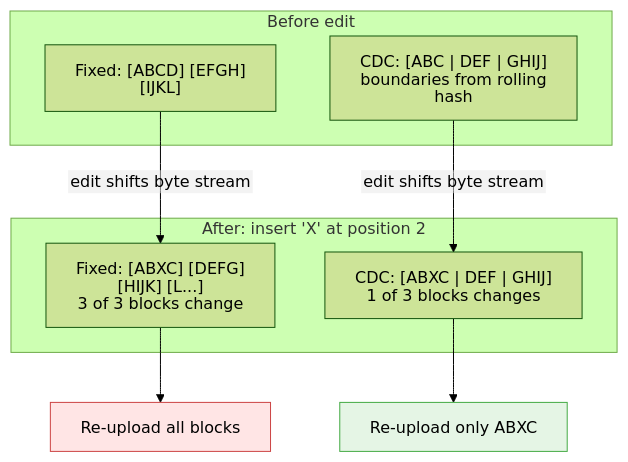
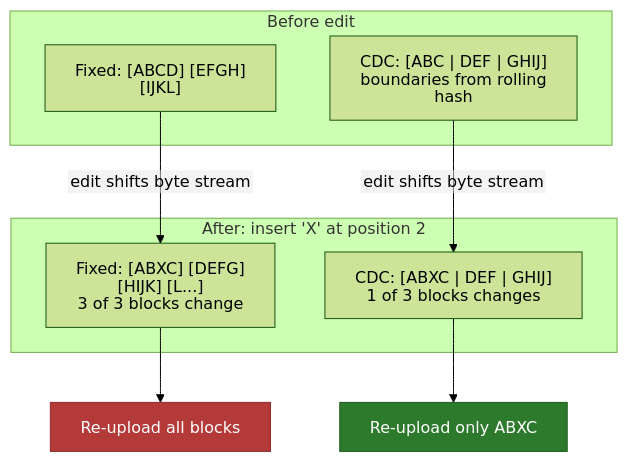
One commit to sujeet-pro/sujeet.pro changed the diagram in content/articles/design-dropbox-file-sync/diagrams/cdc-vs-fixed-chunking.mermaid. Above: the diagram before and after it, drawn with Mermaid (forest theme). The commit also changed 2813 other files, not shown here.

First line of the commit message:
feat: adopt pagesmith 0.11 + diagramkit 0.4 — upstream feed/sitemap/validators, optimized re-render, contrast gate ON

```diff
--- a/content/articles/design-dropbox-file-sync/diagrams/cdc-vs-fixed-chunking.mermaid
+++ b/content/articles/design-dropbox-file-sync/diagrams/cdc-vs-fixed-chunking.mermaid
@@ -1,24 +1,24 @@
 %% Diagram: Why content-defined chunking survives an inserted byte
 %% Type: flowchart
 %%{init: {'htmlLabels': false}}%%
 flowchart TB
     subgraph Before["Before edit"]
         F1["Fixed: [ABCD] [EFGH] [IJKL]"]
         C1["CDC: [ABC | DEF | GHIJ]<br/>boundaries from rolling hash"]
     end
 
     subgraph After["After: insert 'X' at position 2"]
         F2["Fixed: [ABXC] [DEFG] [HIJK] [L...]<br/>3 of 3 blocks change"]
         C2["CDC: [ABXC | DEF | GHIJ]<br/>1 of 3 blocks changes"]
     end
 
     F1 -- "edit shifts byte stream" --> F2
     C1 -- "edit shifts byte stream" --> C2
 
     F2 --> FCost["Re-upload all blocks"]
     C2 --> CCost["Re-upload only ABXC"]
 
-    classDef bad fill:#ffe5e5,stroke:#cc4444
-    classDef good fill:#e5f5e5,stroke:#44aa44
+    classDef bad fill:#B43A3A,stroke:#8E2828,color:#ffffff
+    classDef good fill:#2D7A2D,stroke:#1E5A1E,color:#ffffff
     class FCost bad
     class CCost good
```
